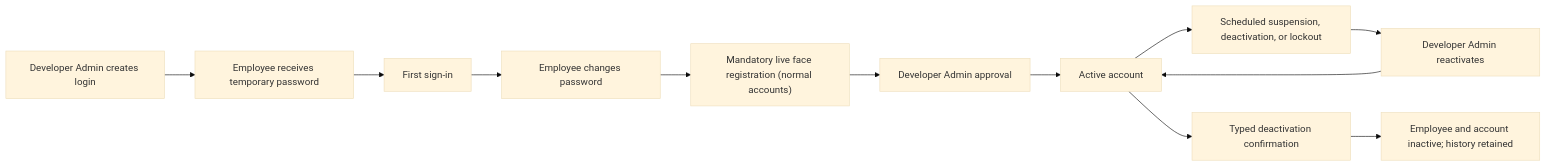
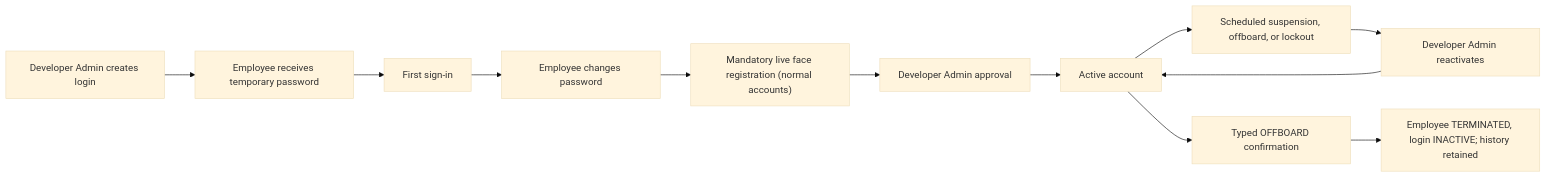
One commit to Sameerreddy-ATD/Atd-Hrms changed the first of 4 diagrams in docs/OPERATIONS_AND_WORKFLOWS.md. Above: the diagram before and after it, drawn with Mermaid (base theme). The commit also changed other lines of this file and 17 other files, not shown here.

````diff
--- a/docs/OPERATIONS_AND_WORKFLOWS.md
+++ b/docs/OPERATIONS_AND_WORKFLOWS.md
@@ -47,14 +47,14 @@
 ```mermaid
 flowchart LR
   A["Developer Admin creates login"] --> B["Employee receives temporary password"]
   B --> C["First sign-in"]
   C --> D["Employee changes password"]
   D --> E["Mandatory live face registration (normal accounts)"]
   E --> K["Developer Admin approval"]
   K --> F["Active account"]
-  F --> G["Scheduled suspension, deactivation, or lockout"]
+  F --> G["Scheduled suspension, offboard, or lockout"]
   G --> H["Developer Admin reactivates"]
   H --> F
-  F --> I["Typed deactivation confirmation"]
-  I --> J["Employee and account inactive; history retained"]
+  F --> I["Typed OFFBOARD confirmation"]
+  I --> J["Employee TERMINATED, login INACTIVE; history retained"]
 ```
````
